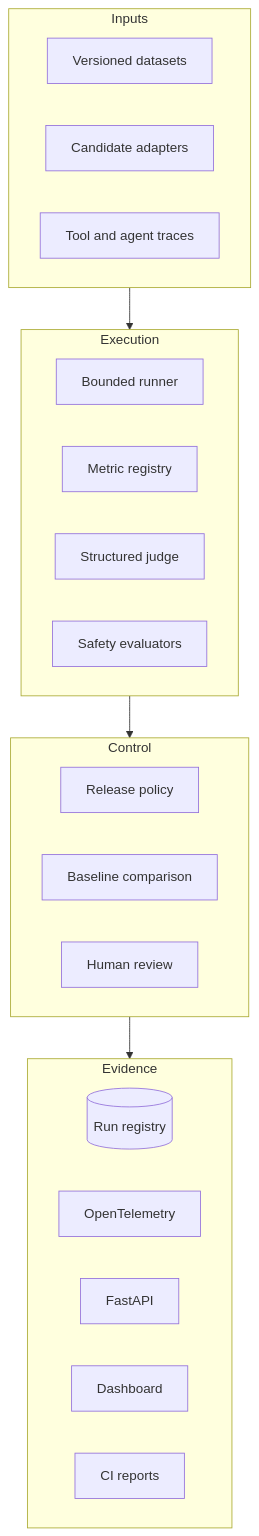
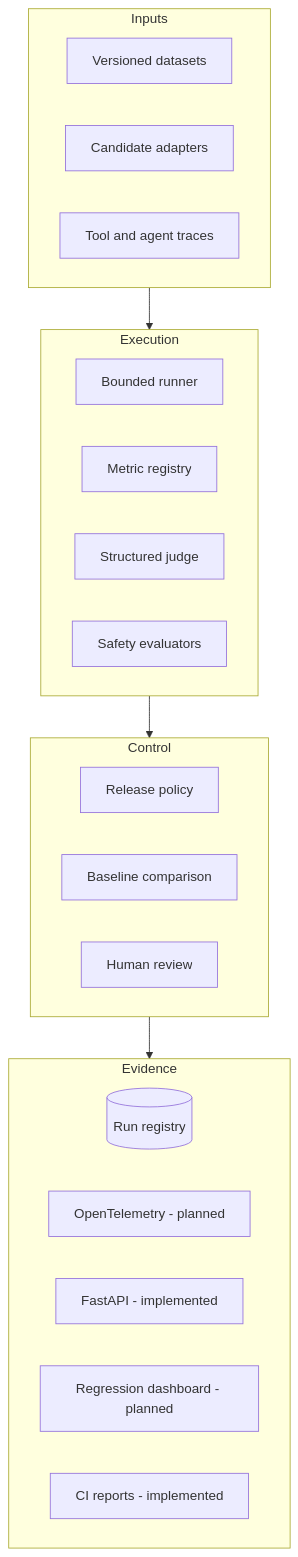
One commit to navaneeth9908/evalforge changed the second of 2 diagrams in docs/architecture.md. Above: the diagram before and after it, drawn with Mermaid. The commit also changed other lines of this file and 25 other files, not shown here.

````diff
--- a/docs/architecture.md
+++ b/docs/architecture.md
@@ -72,27 +74,27 @@
 ```mermaid
 flowchart TB
     subgraph Inputs
       D[Versioned datasets]
       C[Candidate adapters]
       T[Tool and agent traces]
     end
     subgraph Execution
       Q[Bounded runner]
       M[Metric registry]
       J[Structured judge]
       S[Safety evaluators]
     end
     subgraph Control
       P[Release policy]
       B[Baseline comparison]
       H[Human review]
     end
     subgraph Evidence
       DB[(Run registry)]
-      OT[OpenTelemetry]
-      API[FastAPI]
-      UI[Dashboard]
-      CI[CI reports]
+      OT[OpenTelemetry - planned]
+      API[FastAPI - implemented]
+      UI[Regression dashboard - planned]
+      CI[CI reports - implemented]
     end
     Inputs --> Execution --> Control --> Evidence
 ```
````
